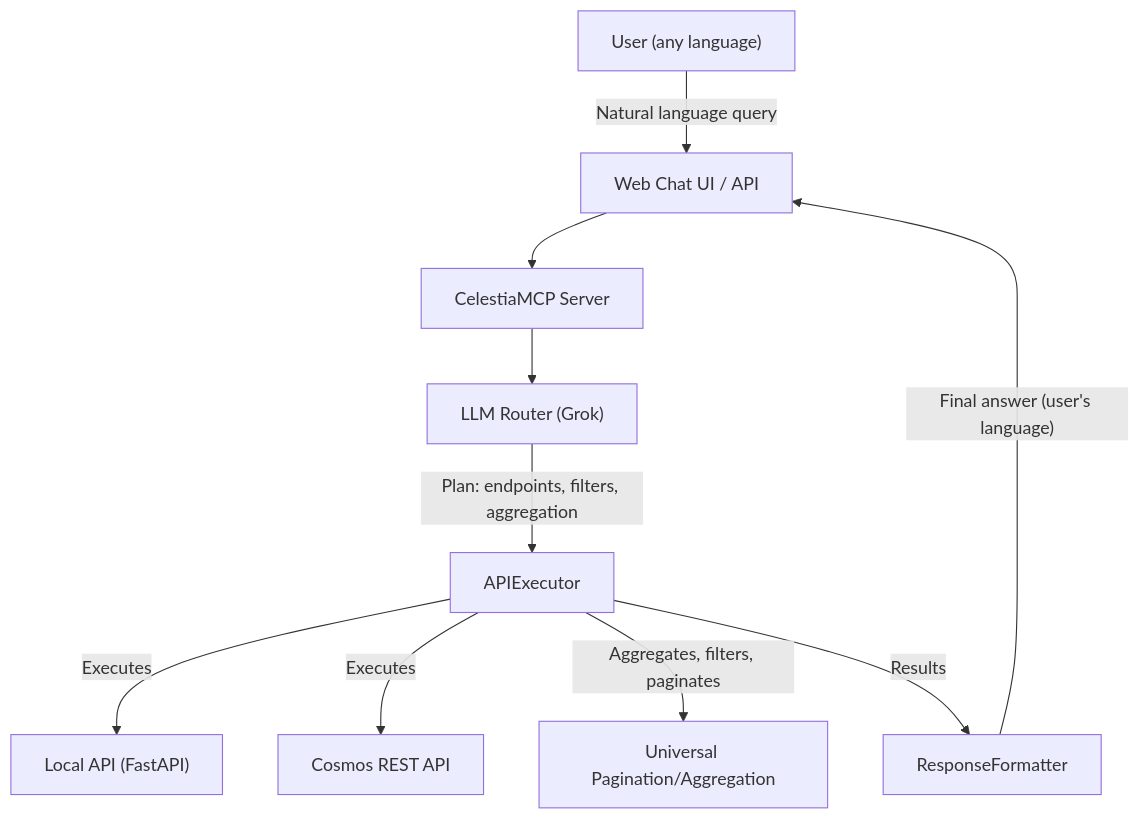
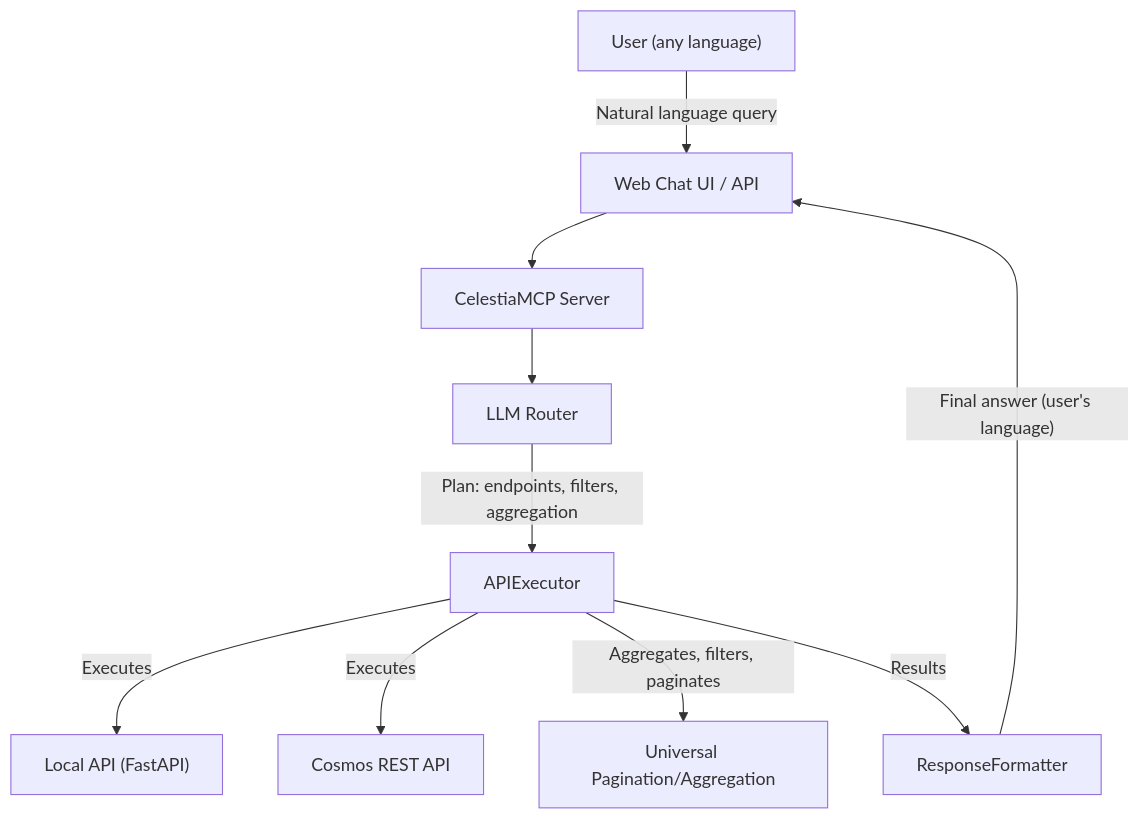
Before and after one commit to muhaylosemenyuk/celestiabridgeexplorer: the second of 2 diagrams in README.md, drawn with Mermaid. The commit also changed other lines of this file and 16 other files, not shown here.

````diff
--- a/README.md
+++ b/README.md
@@ -317,12 +525,12 @@
 ```mermaid
 flowchart TD
     User["User (any language)"] -->|"Natural language query"| WebChat["Web Chat UI / API"]
     WebChat --> MCP["CelestiaMCP Server"]
-    MCP --> LLMRouter["LLM Router (Grok)"]
+    MCP --> LLMRouter["LLM Router"]
     LLMRouter -->|"Plan: endpoints, filters, aggregation"| APIExecutor
     APIExecutor -->|"Executes"| LocalAPI["Local API (FastAPI)"]
     APIExecutor -->|"Executes"| CosmosAPI["Cosmos REST API"]
     APIExecutor -->|"Aggregates, filters, paginates"| Aggregator["Universal Pagination/Aggregation"]
     APIExecutor -->|"Results"| ResponseFormatter
     ResponseFormatter -->|"Final answer (user's language)"| WebChat
 ```
````
